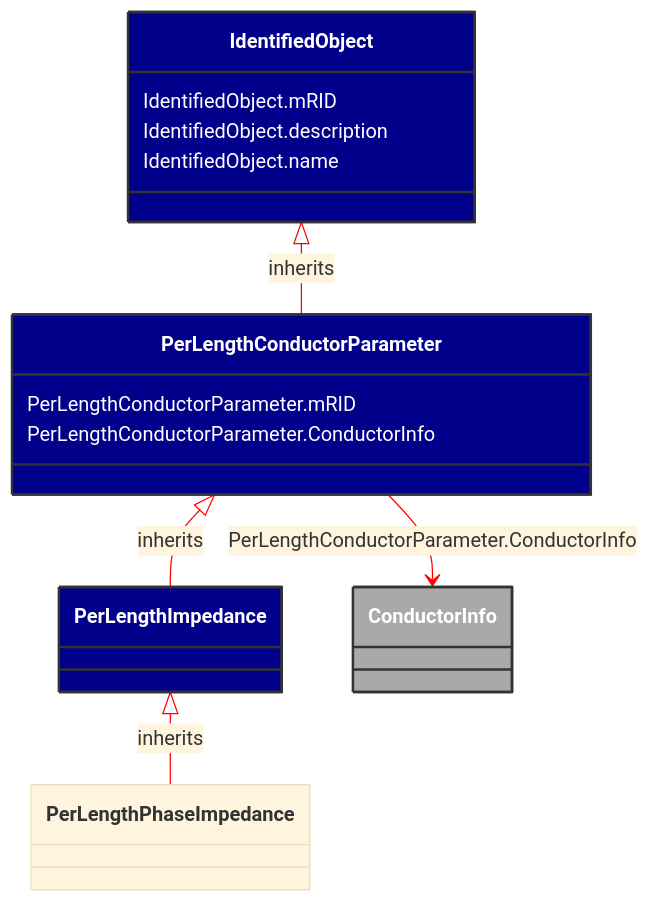
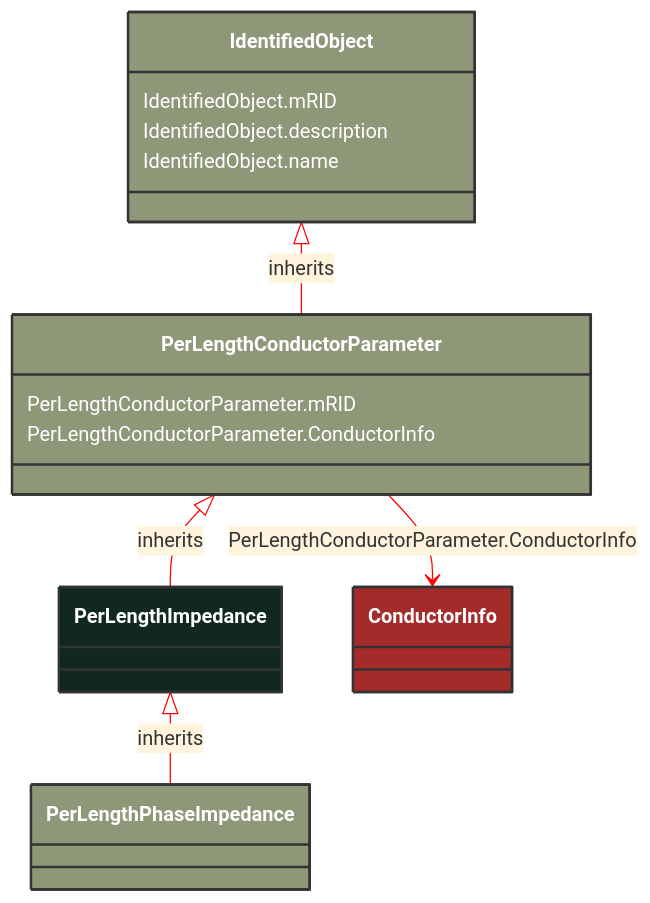
Before and after one commit to 3lbits/NoCIMExtensions: the diagram in docs/Models/Profiles/SubseaCableInfo/AbstractClasses/PerLengthImpedance.md, drawn with Mermaid. The commit also changed 190 other files, not shown here.

````diff
--- a/docs/Models/Profiles/SubseaCableInfo/AbstractClasses/PerLengthImpedance.md
+++ b/docs/Models/Profiles/SubseaCableInfo/AbstractClasses/PerLengthImpedance.md
@@ -10,36 +10,34 @@
 ```mermaid
 %%{init: {'theme':'base','themeVariables': {'lineColor': '#FF0000'}}}%%
 classDiagram
     class PerLengthImpedance
     click PerLengthImpedance href "/Models/Profiles/SubseaCableInfo/AbstractClasses/PerLengthImpedance/"
-    style PerLengthImpedance fill:#006400,stroke:#333,stroke-width:2px,rx:10,ry:10,color:white
+    style PerLengthImpedance fill:#102820,stroke:#333,stroke-width:2px,rx:10,ry:10,color:white
 
         PerLengthImpedance <|-- PerLengthPhaseImpedance : inherits
-            click PerLengthImpedance href "/Models/Profiles/SubseaCableInfo/AbstractClasses/PerLengthImpedance/"
-            style PerLengthImpedance fill:#00008B,stroke:#333,stroke-width:2px,rx:10,ry:10,color:white
 
         PerLengthPhaseImpedance
             click PerLengthPhaseImpedance href "/Models/Profiles/SubseaCableInfo/ConcreteClasses/PerLengthPhaseImpedance/"
-            style PerLengthImpedance fill:#00008B,stroke:#333,stroke-width:2px,rx:10,ry:10,color:white
-
+            style PerLengthPhaseImpedance fill:#8F9779,stroke:#333,stroke-width:2px,rx:10,ry:10,color:white
+     
         PerLengthConductorParameter <|-- PerLengthImpedance : inherits
             click PerLengthConductorParameter href "/Models/Profiles/SubseaCableInfo/AbstractClasses/PerLengthConductorParameter/"
-            style PerLengthConductorParameter fill:#00008B,stroke:#333,stroke-width:2px,rx:10,ry:10,color:white
-
+            style PerLengthConductorParameter fill:#8F9779,stroke:#333,stroke-width:2px,rx:10,ry:10,color:white
+     
         IdentifiedObject <|-- PerLengthConductorParameter : inherits
             click IdentifiedObject href "/Models/Profiles/SubseaCableInfo/AbstractClasses/IdentifiedObject/"
-            style IdentifiedObject fill:#00008B,stroke:#333,stroke-width:2px,rx:10,ry:10,color:white
+            style IdentifiedObject fill:#8F9779,stroke:#333,stroke-width:2px,rx:10,ry:10,color:white
 
         PerLengthConductorParameter --> ConductorInfo : PerLengthConductorParameter.ConductorInfo
 
         ConductorInfo
             click ConductorInfo href "/Models/Profiles/SubseaCableInfo/AbstractClasses/ConductorInfo/"
-            style ConductorInfo fill:#A9A9A9,stroke:#333,stroke-width:2px,rx:10,ry:10,color:white
+            style ConductorInfo fill:#A52A2A,stroke:#333,stroke-width:2px,rx:10,ry:10,color:white
 
 
         PerLengthConductorParameter : PerLengthConductorParameter.mRID
         PerLengthConductorParameter : PerLengthConductorParameter.ConductorInfo
         IdentifiedObject : IdentifiedObject.mRID
         IdentifiedObject : IdentifiedObject.description
         IdentifiedObject : IdentifiedObject.name
 ```
````
